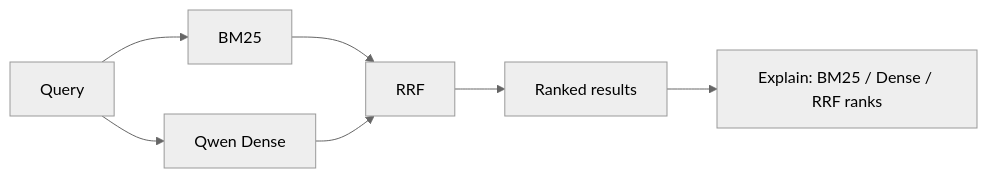
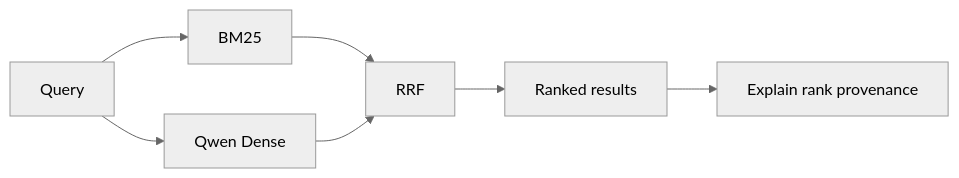
The diagram in README.md (kolihhan/local-rag-search), drawn with Mermaid (neutral theme) before and after one commit. The commit also changed other lines of this file, not shown here.

````diff
--- a/README.md
+++ b/README.md
@@ -41,9 +54,9 @@
 ```mermaid
 flowchart LR
     Q[Query] --> B[BM25]
     Q --> D[Qwen Dense]
     B --> F[RRF]
     D --> F
     F --> R[Ranked results]
-    R --> E[Explain: BM25 / Dense / RRF ranks]
+    R --> E[Explain rank provenance]
 ```
````
